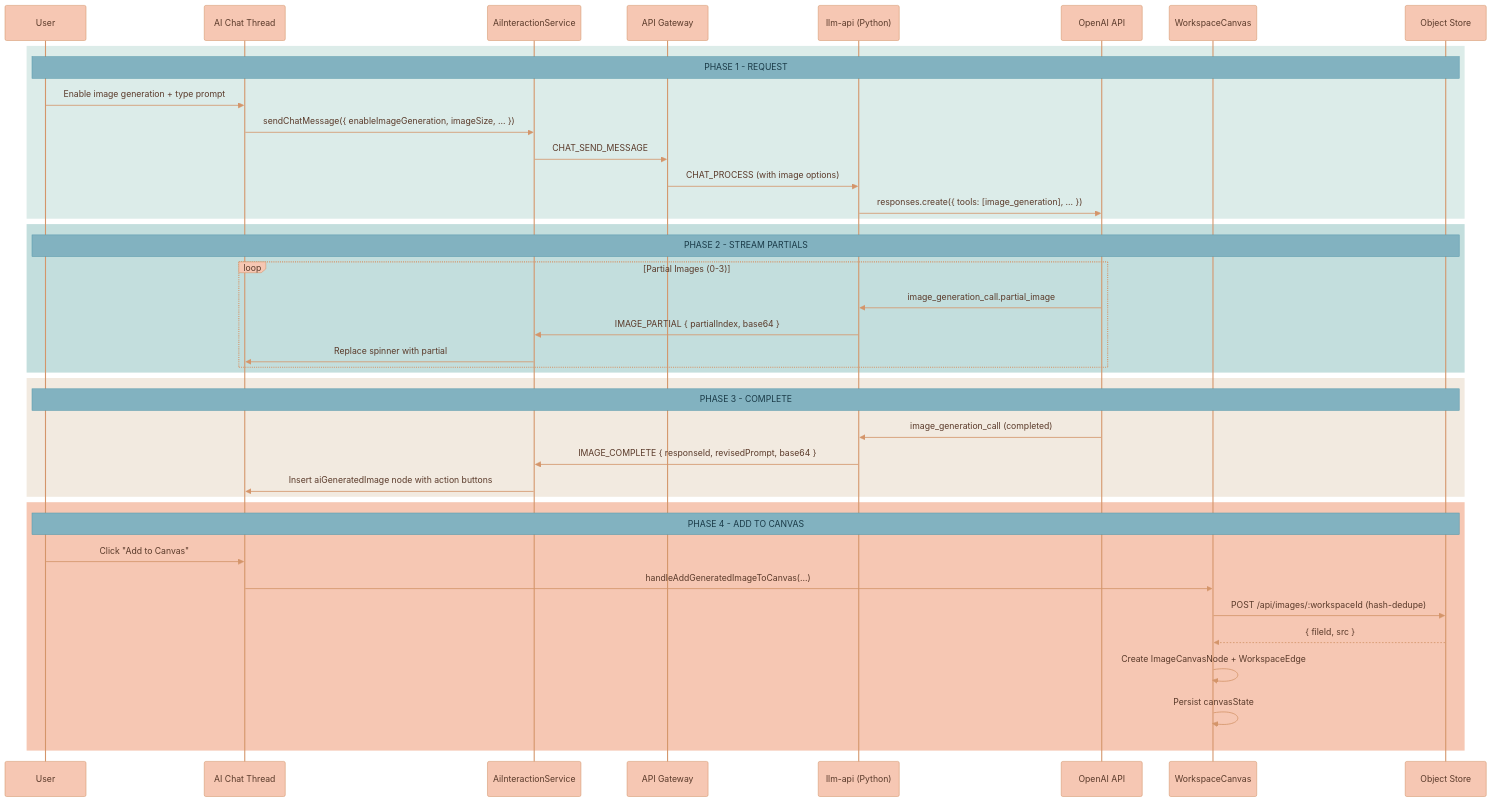
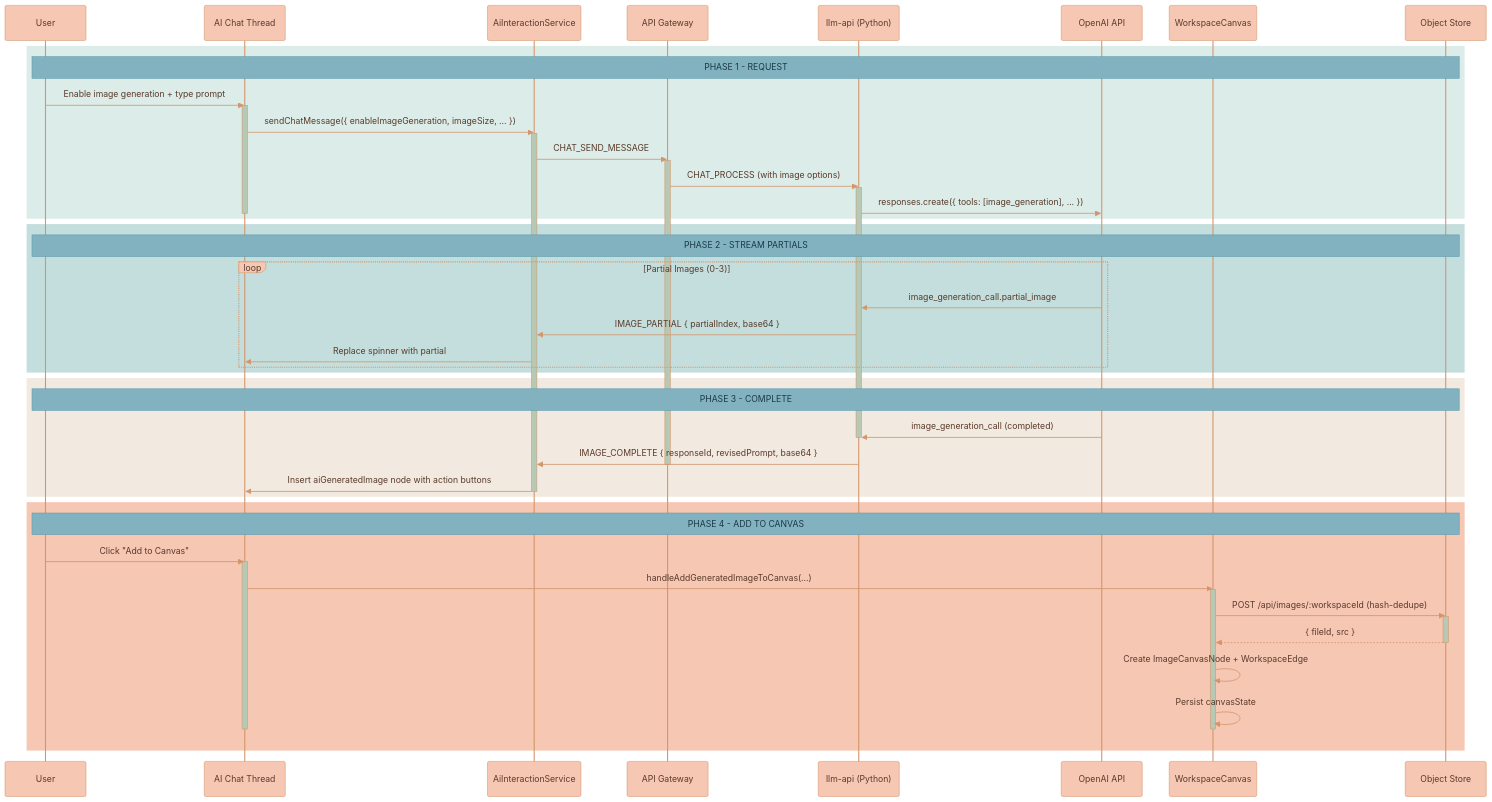
One commit to Lixpi/lixpi changed diagram 17 of 17 in documentation/features/WORKSPACE-FEATURE.md. Above: the diagram before and after it, drawn with Mermaid. The commit also changed other lines of this file and 5 other files, not shown here.

````diff
--- a/documentation/features/WORKSPACE-FEATURE.md
+++ b/documentation/features/WORKSPACE-FEATURE.md
@@ -976,58 +1028,72 @@
 ```mermaid
-%%{init: {'theme': 'base', 'themeVariables': { 'noteBkgColor': '#82B2C0', 'noteTextColor': '#1a3a47', 'noteBorderColor': '#5a9aad', 'actorBkg': '#F6C7B3', 'actorBorder': '#d4956a', 'actorTextColor': '#5a3a2a', 'actorLineColor': '#d4956a', 'signalColor': '#d4956a', 'signalTextColor': '#5a3a2a', 'labelBoxBkgColor': '#F6C7B3', 'labelBoxBorderColor': '#d4956a', 'labelTextColor': '#5a3a2a', 'loopTextColor': '#5a3a2a', 'activationBorderColor': '#d4956a', 'activationBkgColor': '#C3DEDD', 'sequenceNumberColor': '#5a3a2a'}}}%%
+%%{init: {'theme': 'base', 'themeVariables': { 'noteBkgColor': '#82B2C0', 'noteTextColor': '#1a3a47', 'noteBorderColor': '#5a9aad', 'actorBkg': '#F6C7B3', 'actorBorder': '#d4956a', 'actorTextColor': '#5a3a2a', 'actorLineColor': '#d4956a', 'signalColor': '#d4956a', 'signalTextColor': '#5a3a2a', 'labelBoxBkgColor': '#F6C7B3', 'labelBoxBorderColor': '#d4956a', 'labelTextColor': '#5a3a2a', 'loopTextColor': '#5a3a2a', 'activationBorderColor': '#d4956a', 'activationBkgColor': '#B5C9B5', 'sequenceNumberColor': '#5a3a2a'}}}%%
 sequenceDiagram
     participant User
     participant Thread as AI Chat Thread
     participant AIS as AiInteractionService
     participant API as API Gateway
     participant LLM as llm-api (Python)
     participant OpenAI as OpenAI API
     participant Canvas as WorkspaceCanvas
     participant Storage as Object Store
     %% ═══════════════════════════════════════════════════════════════
     %% PHASE 1: REQUEST
     %% ═══════════════════════════════════════════════════════════════
     rect rgb(220, 236, 233)
         Note over User, Storage: PHASE 1 - REQUEST
         User->>Thread: Enable image generation + type prompt
+        activate Thread
         Thread->>AIS: sendChatMessage({ enableImageGeneration, imageSize, ... })
+        activate AIS
         AIS->>API: CHAT_SEND_MESSAGE
+        activate API
         API->>LLM: CHAT_PROCESS (with image options)
+        activate LLM
         LLM->>OpenAI: responses.create({ tools: [image_generation], ... })
+        deactivate Thread
     end
 
     %% ═══════════════════════════════════════════════════════════════
     %% PHASE 2: STREAM PARTIALS
     %% ═══════════════════════════════════════════════════════════════
     rect rgb(195, 222, 221)
         Note over User, Storage: PHASE 2 - STREAM PARTIALS
         loop Partial Images (0-3)
             OpenAI->>LLM: image_generation_call.partial_image
             LLM->>AIS: IMAGE_PARTIAL { partialIndex, base64 }
             AIS->>Thread: Replace spinner with partial
         end
     end
 
     %% ═══════════════════════════════════════════════════════════════
     %% PHASE 3: COMPLETE
     %% ═══════════════════════════════════════════════════════════════
     rect rgb(242, 234, 224)
         Note over User, Storage: PHASE 3 - COMPLETE
         OpenAI->>LLM: image_generation_call (completed)
+        deactivate LLM
         LLM->>AIS: IMAGE_COMPLETE { responseId, revisedPrompt, base64 }
+        deactivate API
         AIS->>Thread: Insert aiGeneratedImage node with action buttons
+        deactivate AIS
     end
 
     %% ═══════════════════════════════════════════════════════════════
     %% PHASE 4: ADD TO CANVAS
     %% ═══════════════════════════════════════════════════════════════
     rect rgb(246, 199, 179)
         Note over User, Storage: PHASE 4 - ADD TO CANVAS
         User->>Thread: Click "Add to Canvas"
+        activate Thread
         Thread->>Canvas: handleAddGeneratedImageToCanvas(...)
+        activate Canvas
         Canvas->>Storage: POST /api/images/:workspaceId (hash-dedupe)
+        activate Storage
         Storage-->>Canvas: { fileId, src }
+        deactivate Storage
         Canvas->>Canvas: Create ImageCanvasNode + WorkspaceEdge
         Canvas->>Canvas: Persist canvasState
+        deactivate Canvas
+        deactivate Thread
     end
 ```
````
